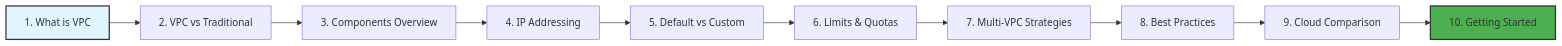
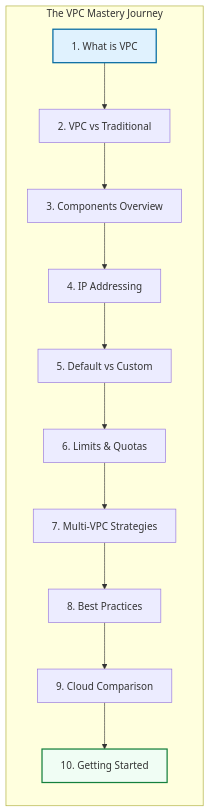
The first of 2 diagrams in 2-Intermediate/01-Phase-1/01-Networking/01-VPC-Fundamentals/README.md (Ganil151/Devops), drawn with Mermaid before and after one commit. The commit also changed other lines of this file and 15 other files, not shown here.

````diff
--- a/2-Intermediate/01-Phase-1/01-Networking/01-VPC-Fundamentals/README.md
+++ b/2-Intermediate/01-Phase-1/01-Networking/01-VPC-Fundamentals/README.md
@@ -7,15 +5,17 @@
 ```mermaid
 graph LR
-    A[1. What is VPC] --> B[2. VPC vs Traditional]
-    B --> C[3. Components Overview]
-    C --> D[4. IP Addressing]
-    D --> E[5. Default vs Custom]
-    E --> F[6. Limits & Quotas]
-    F --> G[7. Multi-VPC Strategies]
-    G --> H[8. Best Practices]
-    H --> I[9. Cloud Comparison]
-    I --> J[10. Getting Started]
-
-style A fill:#e1f5ff,stroke:#333,stroke-width:2px
-    style J fill:#4caf50,stroke:#333,stroke-width:2px
+    subgraph Learning_Path[The VPC Mastery Journey]
+        A[1. What is VPC] --> B[2. VPC vs Traditional]
+        B --> C[3. Components Overview]
+        C --> D[4. IP Addressing]
+        D --> E[5. Default vs Custom]
+        E --> F[6. Limits & Quotas]
+        F --> G[7. Multi-VPC Strategies]
+        G --> H[8. Best Practices]
+        H --> I[9. Cloud Comparison]
+        I --> J[10. Getting Started]
+    end
+    
+    style A fill:#e0f2fe,stroke:#0369a1,stroke-width:2px
+    style J fill:#f0fdf4,stroke:#15803d,stroke-width:2px
 ```
````
